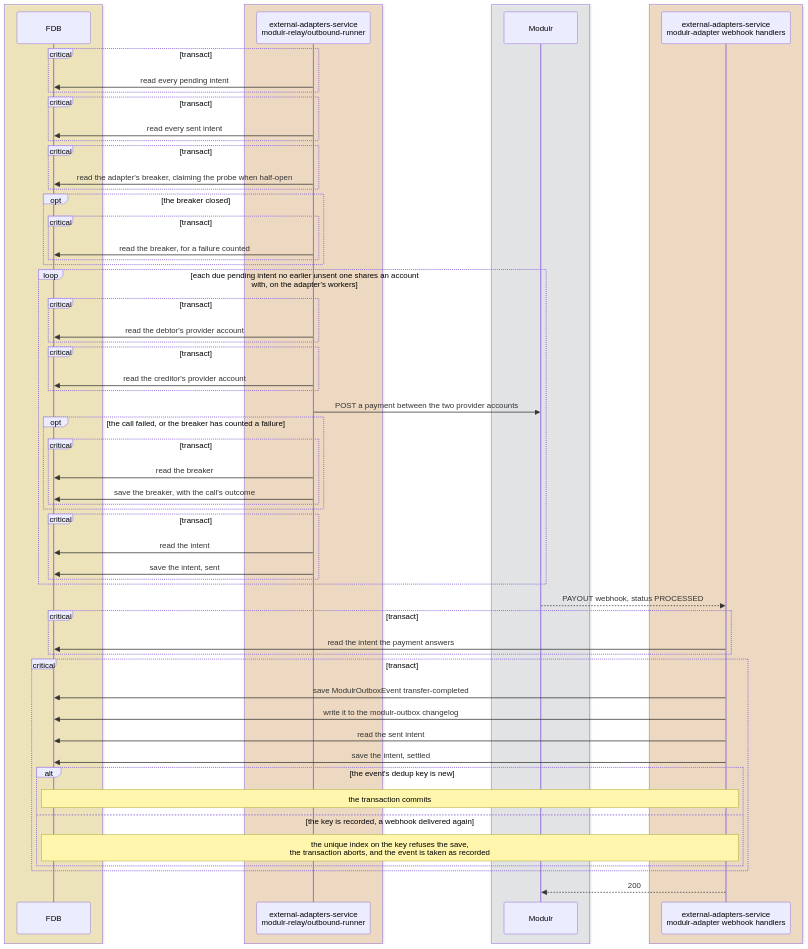
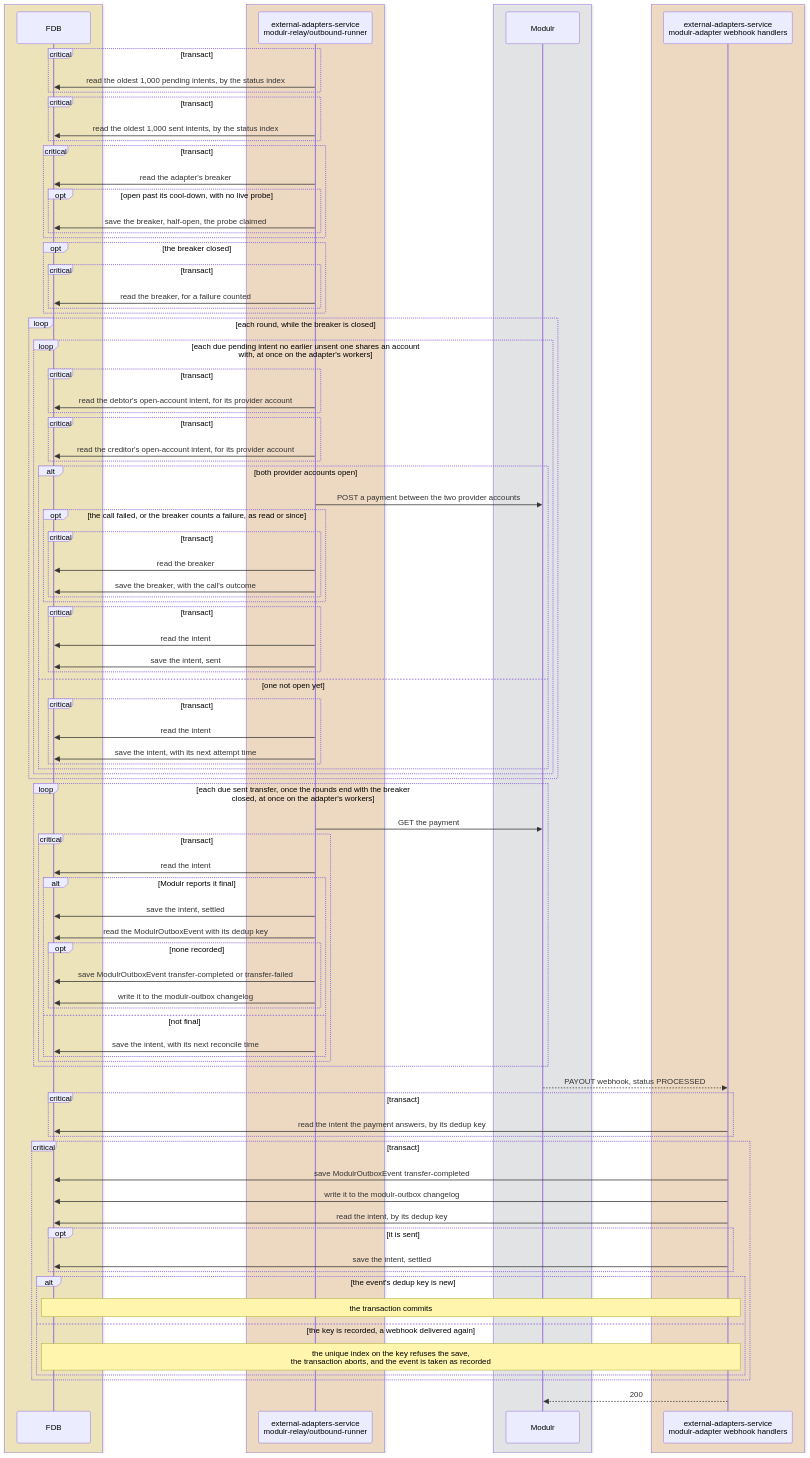
One commit to repldriven/queenswood changed the seventh of 8 diagrams in docs/tdd/payments-internal.md. Above: the diagram before and after it, drawn with Mermaid. The commit also changed other lines of this file and 2 other files, not shown here.

Commit message:
Draw each payment flow's FDB calls as the code makes them: balances summed from legs and a row saved only where a bucket opens, batched reads and saves, the policy stamp and the ledger account id cache, and the intent poller's limited reads, rounds and concurrent reconciles

```diff
--- a/docs/tdd/payments-internal.md
+++ b/docs/tdd/payments-internal.md
@@ -365,28 +397,33 @@
     participant WH as external-adapters-service<br/>modulr-adapter webhook handlers
     end
     critical transact
-    IP->>DB: read every pending intent
+    IP->>DB: read the oldest 1,000 pending intents, by the status index
     end
     critical transact
-    IP->>DB: read every sent intent
+    IP->>DB: read the oldest 1,000 sent intents, by the status index
     end
     critical transact
-    IP->>DB: read the adapter's breaker, claiming the probe when half-open
+    IP->>DB: read the adapter's breaker
+    opt open past its cool-down, with no live probe
+    IP->>DB: save the breaker, half-open, the probe claimed
+    end
     end
     opt the breaker closed
     critical transact
     IP->>DB: read the breaker, for a failure counted
     end
     end
-    loop each due pending intent no earlier unsent one shares an account with, on the adapter's workers
+    loop each round, while the breaker is closed
+    loop each due pending intent no earlier unsent one shares an account with, at once on the adapter's workers
     critical transact
-    IP->>DB: read the debtor's provider account
+    IP->>DB: read the debtor's open-account intent, for its provider account
     end
     critical transact
-    IP->>DB: read the creditor's provider account
+    IP->>DB: read the creditor's open-account intent, for its provider account
     end
+    alt both provider accounts open
     IP->>PR: POST a payment between the two provider accounts
-    opt the call failed, or the breaker has counted a failure
+    opt the call failed, or the breaker counts a failure, as read or since
     critical transact
     IP->>DB: read the breaker
     IP->>DB: save the breaker, with the call's outcome
@@ -396,16 +433,41 @@
     IP->>DB: read the intent
     IP->>DB: save the intent, sent
     end
+    else one not open yet
+    critical transact
+    IP->>DB: read the intent
+    IP->>DB: save the intent, with its next attempt time
+    end
+    end
+    end
+    end
+    loop each due sent transfer, once the rounds end with the breaker closed, at once on the adapter's workers
+    IP->>PR: GET the payment
+    critical transact
+    IP->>DB: read the intent
+    alt Modulr reports it final
+    IP->>DB: save the intent, settled
+    IP->>DB: read the ModulrOutboxEvent with its dedup key
+    opt none recorded
+    IP->>DB: save ModulrOutboxEvent transfer-completed or transfer-failed
+    IP->>DB: write it to the modulr-outbox changelog
+    end
+    else not final
+    IP->>DB: save the intent, with its next reconcile time
+    end
+    end
     end
     PR-->>WH: PAYOUT webhook, status PROCESSED
     critical transact
-    WH->>DB: read the intent the payment answers
+    WH->>DB: read the intent the payment answers, by its dedup key
     end
     critical transact
     WH->>DB: save ModulrOutboxEvent transfer-completed
     WH->>DB: write it to the modulr-outbox changelog
-    WH->>DB: read the sent intent
+    WH->>DB: read the intent, by its dedup key
+    opt it is sent
     WH->>DB: save the intent, settled
+    end
     alt the event's dedup key is new
     Note over WH,DB: the transaction commits
     else the key is recorded, a webhook delivered again
```
